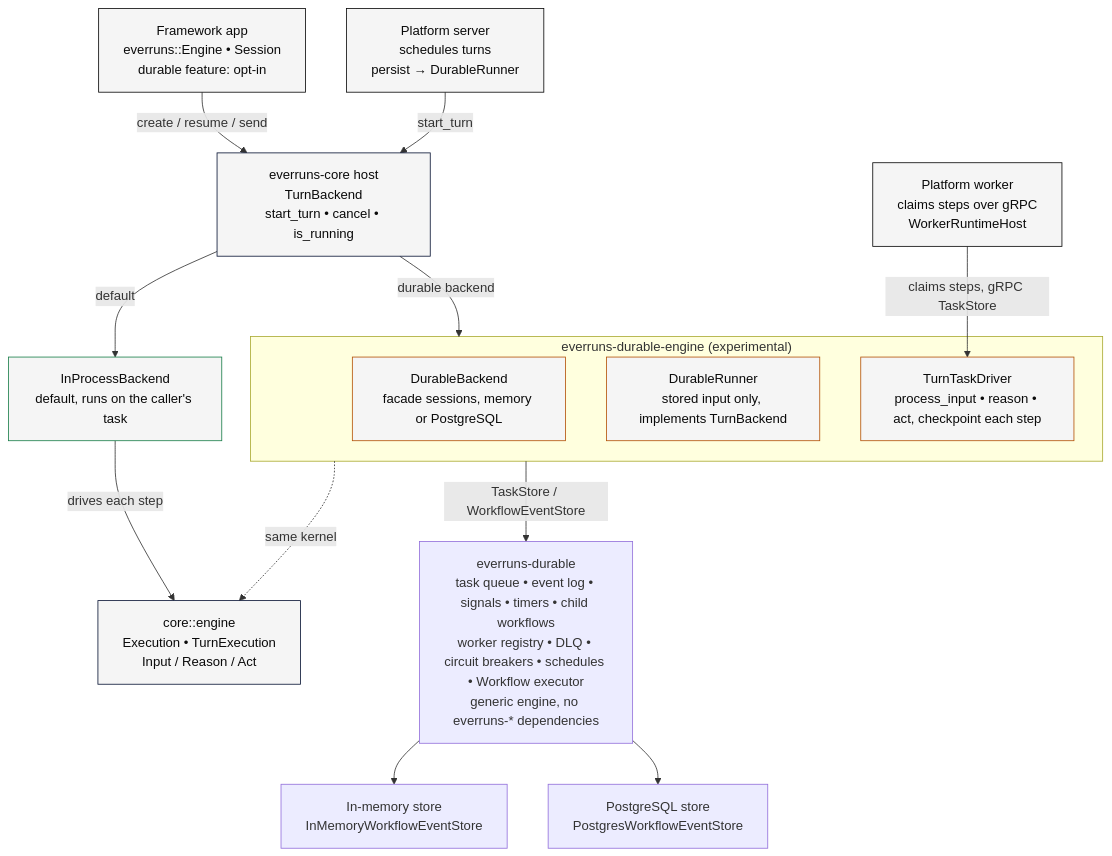
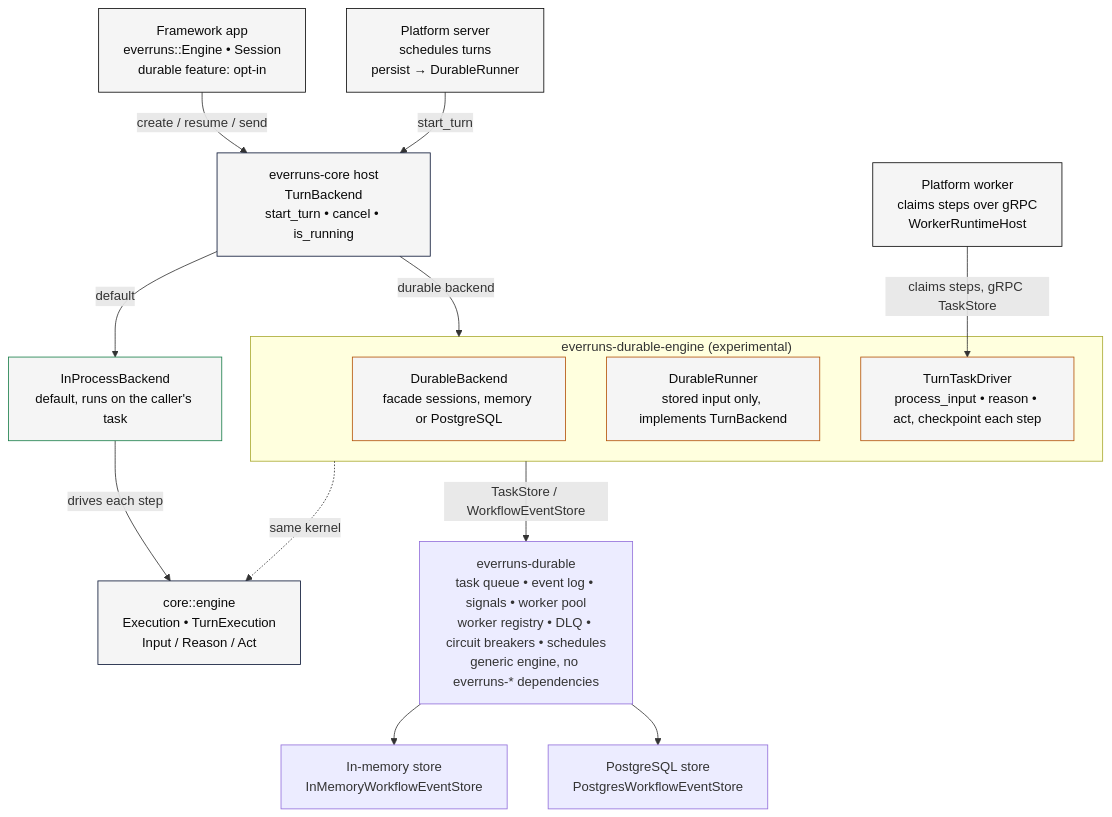
One commit to everruns/everruns changed the diagram in docs/framework/architecture.mmd. Above: the diagram before and after it, drawn with Mermaid. The commit also changed 46 other files, not shown here.

First line of the commit message:
refactor(durable): remove the unused workflow engine and DurableBackend (#4517)

```diff
--- a/docs/framework/architecture.mmd
+++ b/docs/framework/architecture.mmd
@@ -1,41 +1,41 @@
 flowchart TB
     F["Framework app<br/>everruns::Engine • Session<br/>durable feature: opt-in"]
     S["Platform server<br/>schedules turns<br/>persist → DurableRunner"]
     W["Platform worker<br/>claims steps over gRPC<br/>WorkerRuntimeHost"]
 
     B["everruns-core host<br/>TurnBackend<br/>start_turn • cancel • is_running"]
 
     I["InProcessBackend<br/>default, runs on the caller's task"]
 
     subgraph DE["everruns-durable-engine (experimental)"]
         DB["DurableBackend<br/>facade sessions, memory or PostgreSQL"]
         DR["DurableRunner<br/>stored input only, implements TurnBackend"]
         TD["TurnTaskDriver<br/>process_input • reason • act, checkpoint each step"]
     end
 
     K["core::engine<br/>Execution • TurnExecution<br/>Input / Reason / Act"]
 
-    D["everruns-durable<br/>task queue • event log • signals • timers • child workflows<br/>worker registry • DLQ • circuit breakers • schedules • Workflow executor<br/>generic engine, no everruns-* dependencies"]
+    D["everruns-durable<br/>task queue • event log • signals • worker pool<br/>worker registry • DLQ • circuit breakers • schedules<br/>generic engine, no everruns-* dependencies"]
 
     M["In-memory store<br/>InMemoryWorkflowEventStore"]
     P["PostgreSQL store<br/>PostgresWorkflowEventStore"]
 
     F -->|"create / resume / send"| B
     S -->|"start_turn"| B
     B -->|"default"| I
     B -->|"durable backend"| DE
     W -->|"claims steps, gRPC TaskStore"| TD
     I -->|"drives each step"| K
     DE -.->|"same kernel"| K
     DE -->|"TaskStore / WorkflowEventStore"| D
     D --> M
     D --> P
 
     classDef application fill:#F5F5F5,stroke:#0A0A0A,color:#0A0A0A
     classDef immediate fill:#F5F5F5,stroke:#1B7F4B,color:#0A0A0A
     classDef durable fill:#F5F5F5,stroke:#B45309,color:#0A0A0A
     classDef kernel fill:#F5F5F5,stroke:#0A1636,color:#0A0A0A
     class F,S,W application
     class I immediate
     class DB,DR,TD durable
     class B,K kernel
```
